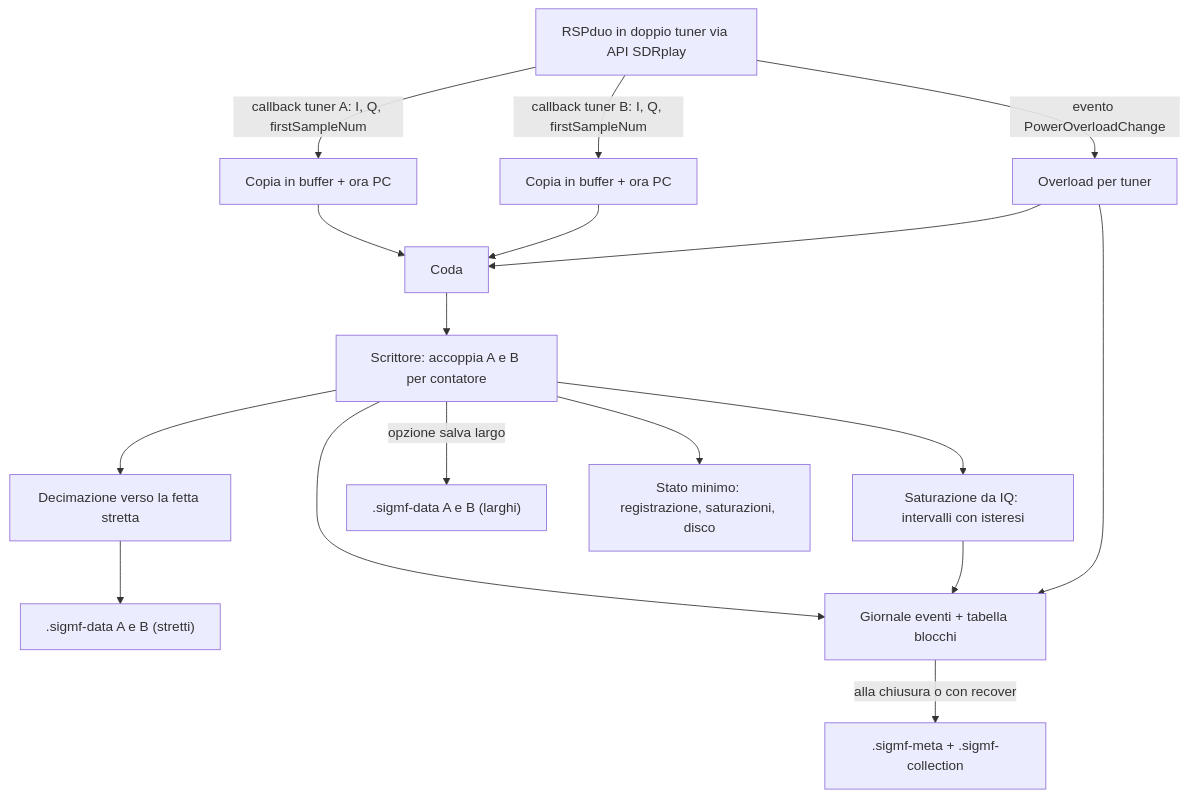
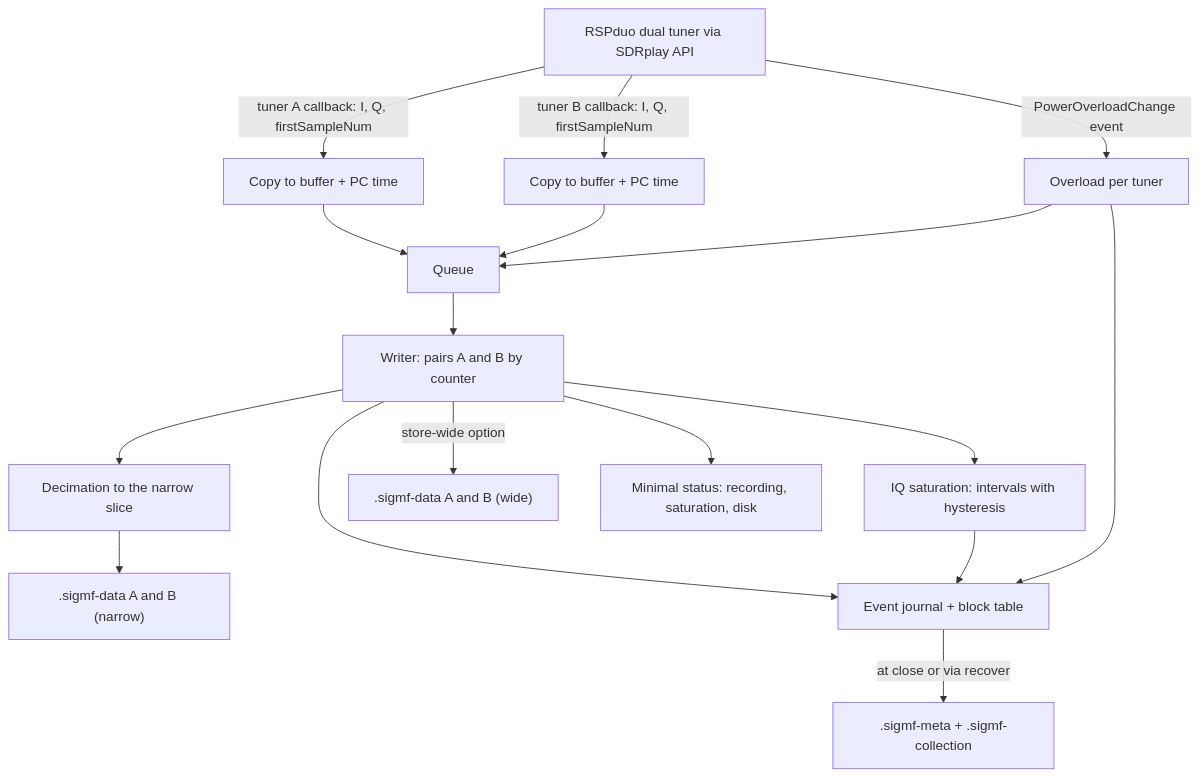
Before and after one commit to iu3qez/APET: the first of 2 diagrams in docs/plans/2026-10-09-1352-feat-dual-tuner-iq-recorder-plan.md, drawn with Mermaid. The commit also changed other lines of this file, not shown here.

````diff
--- a/docs/plans/2026-10-09-1352-feat-dual-tuner-iq-recorder-plan.md
+++ b/docs/plans/2026-10-09-1352-feat-dual-tuner-iq-recorder-plan.md
@@ -174,19 +175,19 @@
 ```mermaid
 flowchart TB
-  D[RSPduo in doppio tuner via API SDRplay] -->|callback tuner A: I, Q, firstSampleNum| CA[Copia in buffer + ora PC]
-  D -->|callback tuner B: I, Q, firstSampleNum| CB[Copia in buffer + ora PC]
-  D -->|evento PowerOverloadChange| OV[Overload per tuner]
-  CA --> Q[Coda]
+  D[RSPduo dual tuner via SDRplay API] -->|tuner A callback: I, Q, firstSampleNum| CA[Copy to buffer + PC time]
+  D -->|tuner B callback: I, Q, firstSampleNum| CB[Copy to buffer + PC time]
+  D -->|PowerOverloadChange event| OV[Overload per tuner]
+  CA --> Q[Queue]
   CB --> Q
   OV --> Q
-  Q --> W[Scrittore: accoppia A e B per contatore]
-  W --> S[Saturazione da IQ: intervalli con isteresi]
-  W --> X[Decimazione verso la fetta stretta]
-  X --> F[".sigmf-data A e B (stretti)"]
-  W -->|opzione salva largo| FW[".sigmf-data A e B (larghi)"]
-  W --> J[Giornale eventi + tabella blocchi]
+  Q --> W[Writer: pairs A and B by counter]
+  W --> S[IQ saturation: intervals with hysteresis]
+  W --> X[Decimation to the narrow slice]
+  X --> F[".sigmf-data A and B (narrow)"]
+  W -->|store-wide option| FW[".sigmf-data A and B (wide)"]
+  W --> J[Event journal + block table]
   S --> J
   OV --> J
-  J -->|alla chiusura o con recover| M[".sigmf-meta + .sigmf-collection"]
-  W --> U[Stato minimo: registrazione, saturazioni, disco]
+  J -->|at close or via recover| M[".sigmf-meta + .sigmf-collection"]
+  W --> U[Minimal status: recording, saturation, disk]
 ```
````
